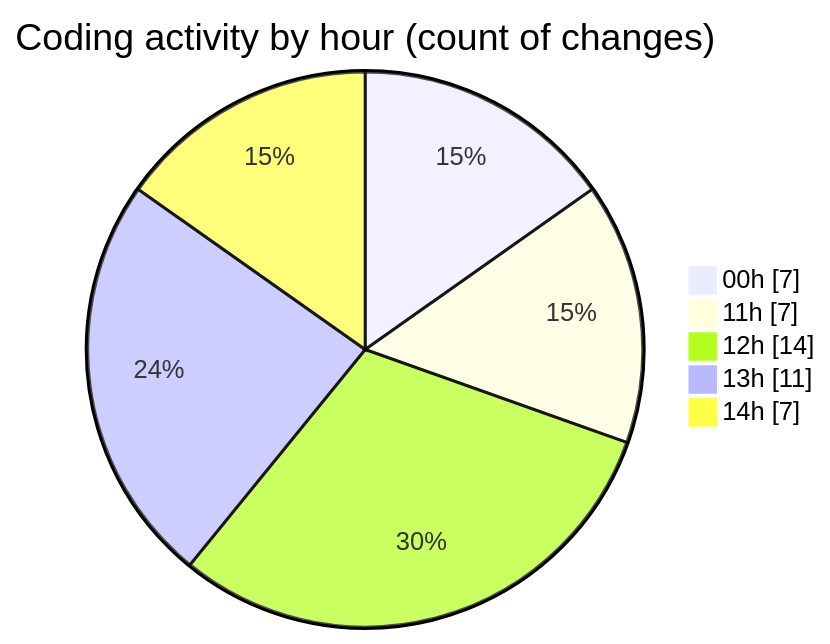
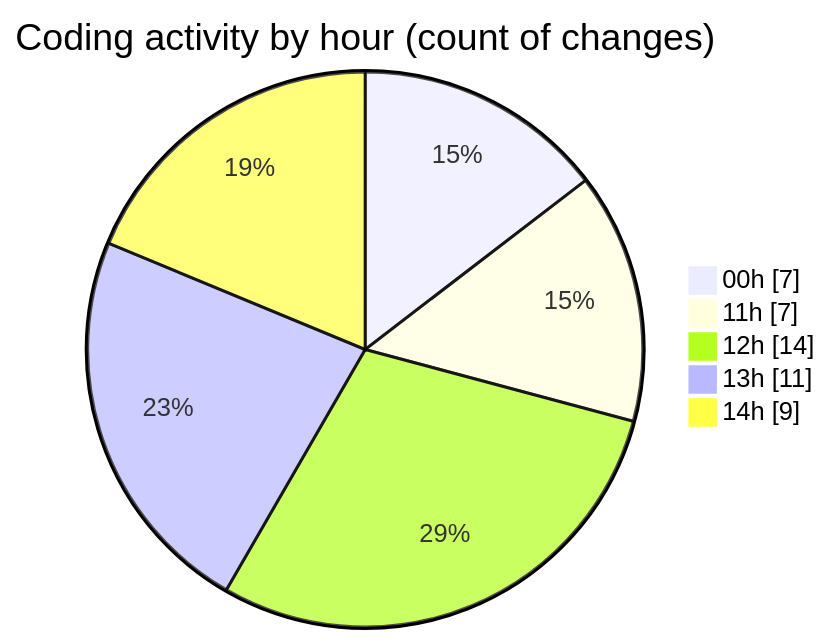
One commit to julien-gomy/code-tracking changed the second of 2 diagrams in 2025-10-08/eventscop-frontend-guide__workspace_/README.md. Above: the diagram before and after it, drawn with Mermaid. The commit also changed other lines of this file and 1 other file, not shown here.

````diff
--- a/2025-10-08/eventscop-frontend-guide__workspace_/README.md
+++ b/2025-10-08/eventscop-frontend-guide__workspace_/README.md
@@ -42,9 +42,9 @@
 ```mermaid
 pie showData
 title Coding activity by hour (count of changes)
 "00h" : 7
 "11h" : 7
 "12h" : 14
 "13h" : 11
-"14h" : 7
+"14h" : 9
 ```
````
